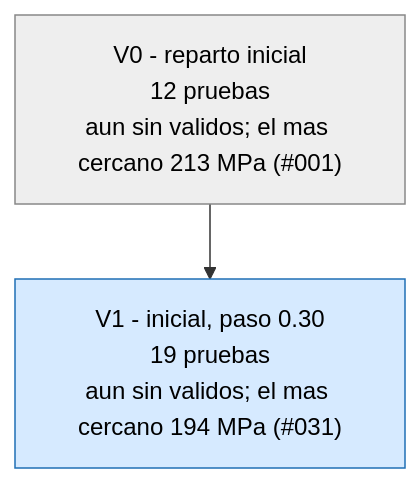
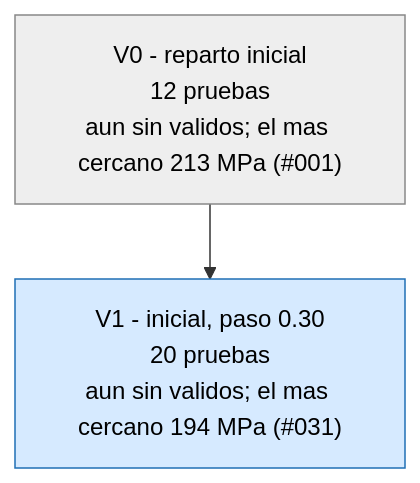
The first of 3 diagrams in runs/opt_37800N/ARBOL.md (Hugiko/msd-soporte-optimizacion), drawn with Mermaid before and after one commit. The commit also changed 19 other files, not shown here.

````diff
--- a/runs/opt_37800N/ARBOL.md
+++ b/runs/opt_37800N/ARBOL.md
@@ -9,9 +9,9 @@
 ```mermaid
 graph TD
 classDef activa fill:#d6eaff,stroke:#1f6fb5,color:#000
 classDef fin fill:#eeeeee,stroke:#888,color:#000
 classDef mejor fill:#c8f0c0,stroke:#1a9850,stroke-width:4px,color:#000
 V0["V0 - reparto inicial<br/>12 pruebas<br/>aun sin validos; el mas cercano 213 MPa (#001)"]:::fin
-V1["V1 - inicial, paso 0.30<br/>19 pruebas<br/>aun sin validos; el mas cercano 194 MPa (#031)"]:::activa
+V1["V1 - inicial, paso 0.30<br/>20 pruebas<br/>aun sin validos; el mas cercano 194 MPa (#031)"]:::activa
 V0 --> V1
 ```
````
